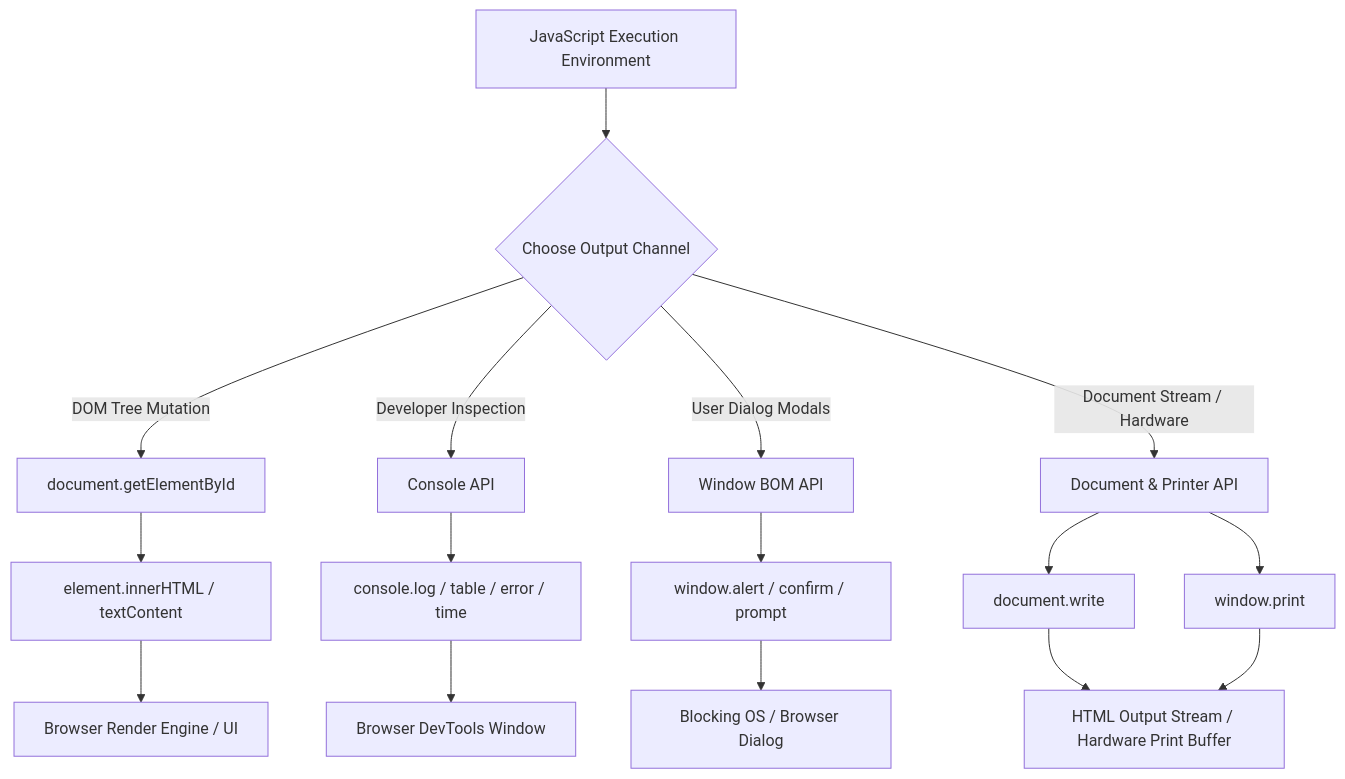
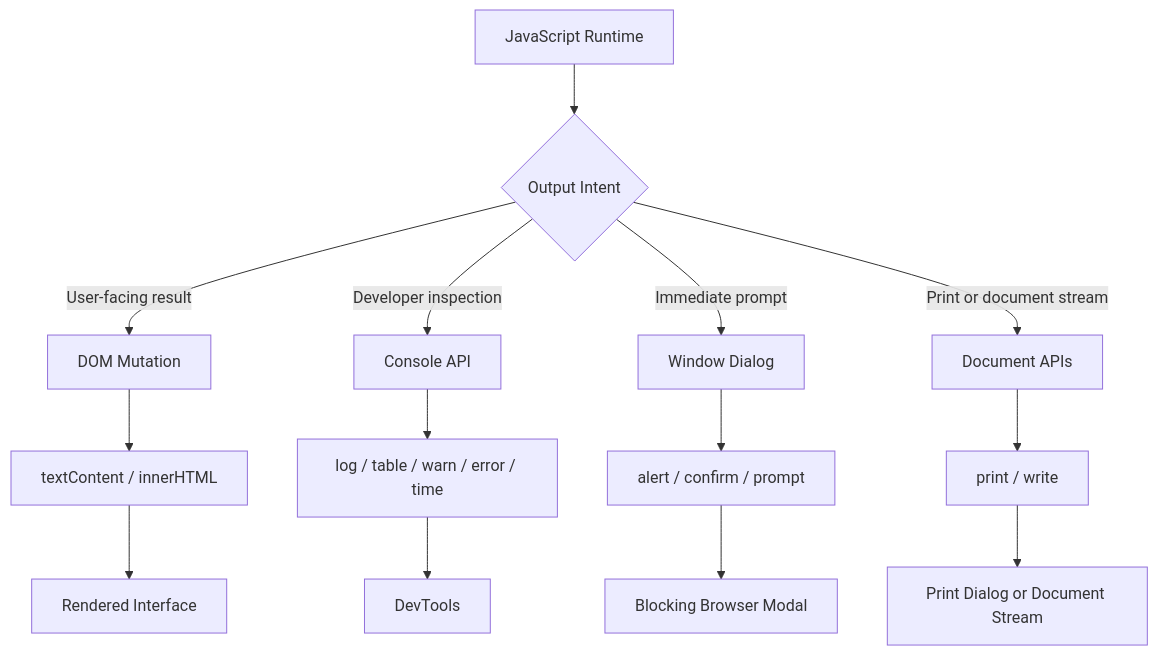
The diagram in JavaScript/01-Fundamentals/03-Data-Output-and-Debugging.md (userAshwani/mastering-code), drawn with Mermaid before and after one commit. The commit also changed other lines of this file and 4 other files, not shown here.

````diff
--- a/JavaScript/01-Fundamentals/03-Data-Output-and-Debugging.md
+++ b/JavaScript/01-Fundamentals/03-Data-Output-and-Debugging.md
@@ -21,22 +31,19 @@
 ```mermaid
 flowchart TD
-    A[JavaScript Execution Environment] --> B{Choose Output Channel}
-    
-    B -->|DOM Tree Mutation| C[document.getElementById]
-    C --> C1["element.innerHTML / textContent"]
-    C1 --> D1["Browser Render Engine / UI"]
-    
-    B -->|Developer Inspection| E[Console API]
-    E --> E1["console.log / table / error / time"]
-    E1 --> D2[Browser DevTools Window]
-    
-    B -->|User Dialog Modals| F[Window BOM API]
-    F --> F1["window.alert / confirm / prompt"]
-    F1 --> D3["Blocking OS / Browser Dialog"]
-    
-    B -->|Document Stream / Hardware| G["Document & Printer API"]
-    G --> G1[document.write]
-    G --> G2[window.print]
-    G1 --> D4["HTML Output Stream / Hardware Print Buffer"]
-    G2 --> D4["HTML Output Stream / Hardware Print Buffer"]
+    A[JavaScript Runtime] --> B{Output Intent}
+    B -->|User-facing result| C[DOM Mutation]
+    C --> C1["textContent / innerHTML"]
+    C1 --> D[Rendered Interface]
+
+    B -->|Developer inspection| E[Console API]
+    E --> E1["log / table / warn / error / time"]
+    E1 --> F[DevTools]
+
+    B -->|Immediate prompt| G[Window Dialog]
+    G --> G1["alert / confirm / prompt"]
+    G1 --> H[Blocking Browser Modal]
+
+    B -->|Print or document stream| I[Document APIs]
+    I --> I1["print / write"]
+    I1 --> J[Print Dialog or Document Stream]
 ```
````
